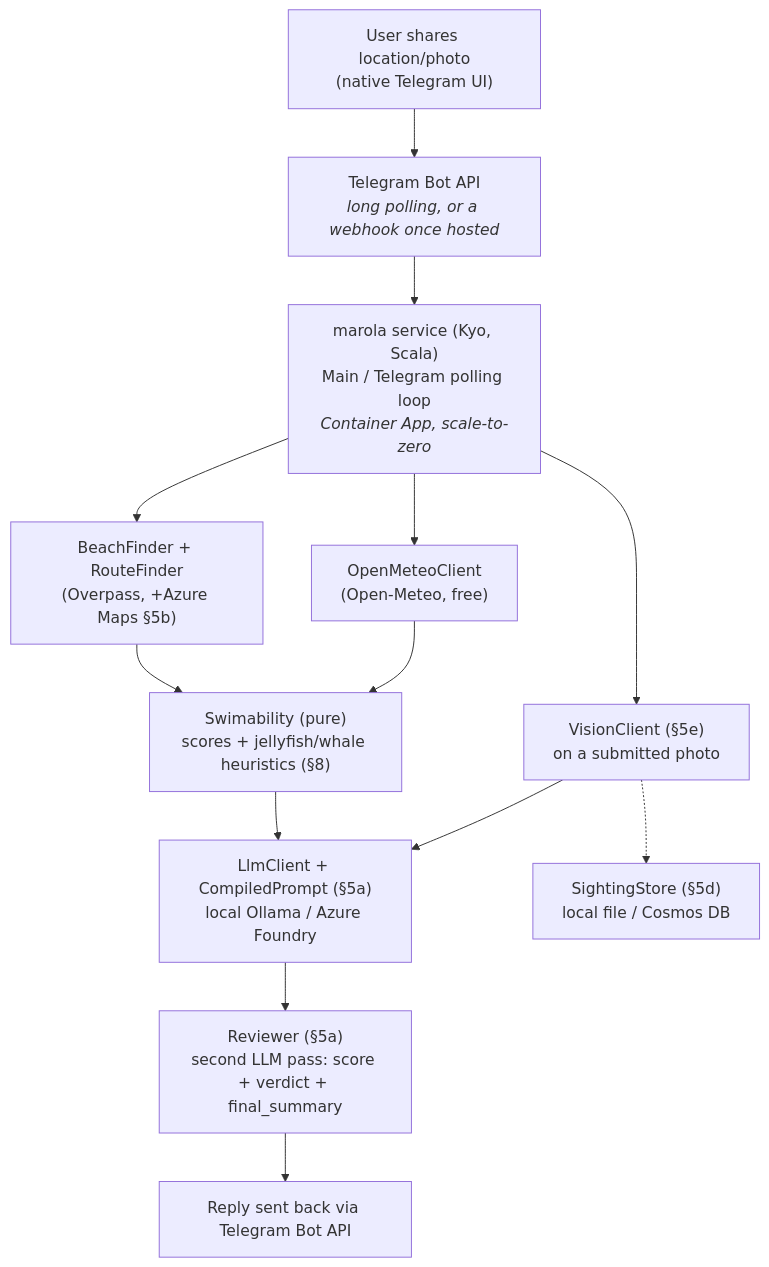
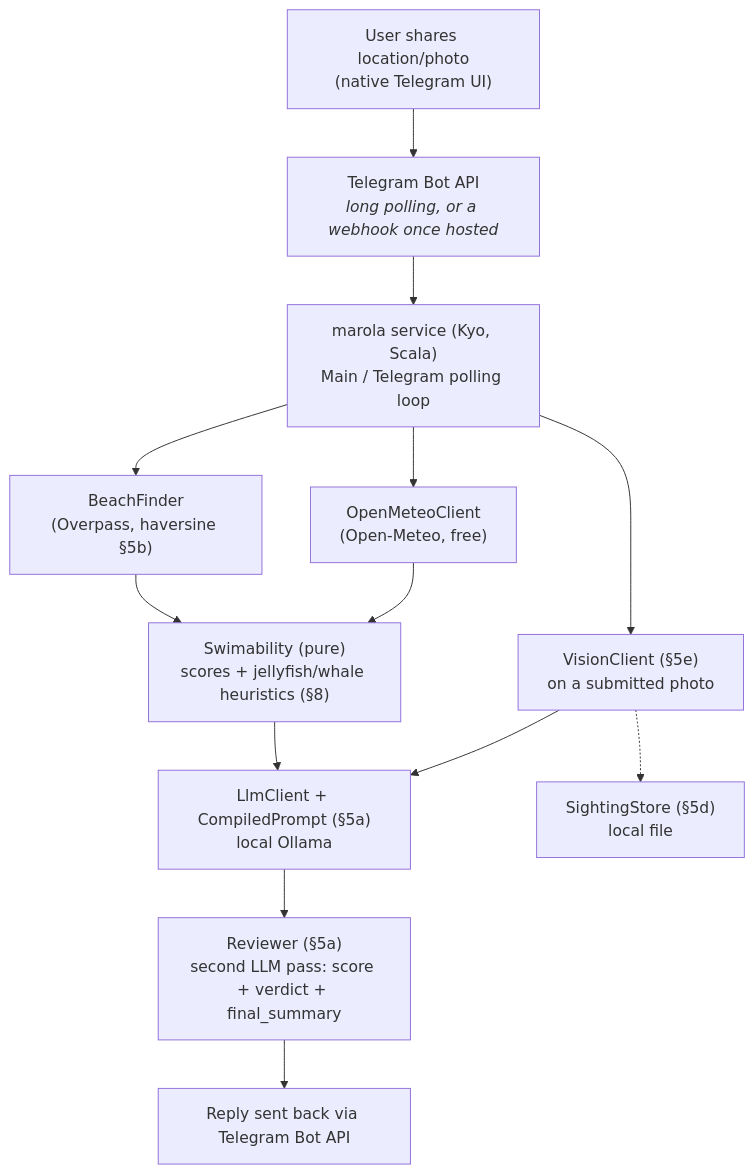
One commit to h0ffmann/marola changed the diagram in docs/ARCHITECTURE.md. Above: the diagram before and after it, drawn with Mermaid. The commit also changed other lines of this file and 138 other files, not shown here.

````diff
--- a/docs/ARCHITECTURE.md
+++ b/docs/ARCHITECTURE.md
@@ -233,15 +221,15 @@
 ```mermaid
 flowchart TD
     User["User shares location/photo<br/>(native Telegram UI)"] --> Bot["Telegram Bot API<br/><i>long polling, or a webhook once hosted</i>"]
-    Bot --> Service["marola service (Kyo, Scala)<br/>Main / Telegram polling loop<br/><i>Container App, scale-to-zero</i>"]
-    Service --> Beaches["BeachFinder + RouteFinder<br/>(Overpass, +Azure Maps §5b)"]
+    Bot --> Service["marola service (Kyo, Scala)<br/>Main / Telegram polling loop"]
+    Service --> Beaches["BeachFinder<br/>(Overpass, haversine §5b)"]
     Service --> Weather["OpenMeteoClient<br/>(Open-Meteo, free)"]
     Service --> Vision["VisionClient (§5e)<br/>on a submitted photo"]
     Beaches --> Scoring["Swimability (pure)<br/>scores + jellyfish/whale heuristics (§8)"]
     Weather --> Scoring
-    Scoring --> Llm["LlmClient + CompiledPrompt (§5a)<br/>local Ollama / Azure Foundry"]
+    Scoring --> Llm["LlmClient + CompiledPrompt (§5a)<br/>local Ollama"]
     Vision --> Llm
     Llm --> Reviewer["Reviewer (§5a)<br/>second LLM pass: score + verdict + final_summary"]
     Reviewer --> Reply["Reply sent back via Telegram Bot API"]
-    Vision -.-> Sightings["SightingStore (§5d)<br/>local file / Cosmos DB"]
+    Vision -.-> Sightings["SightingStore (§5d)<br/>local file"]
 ```
````
